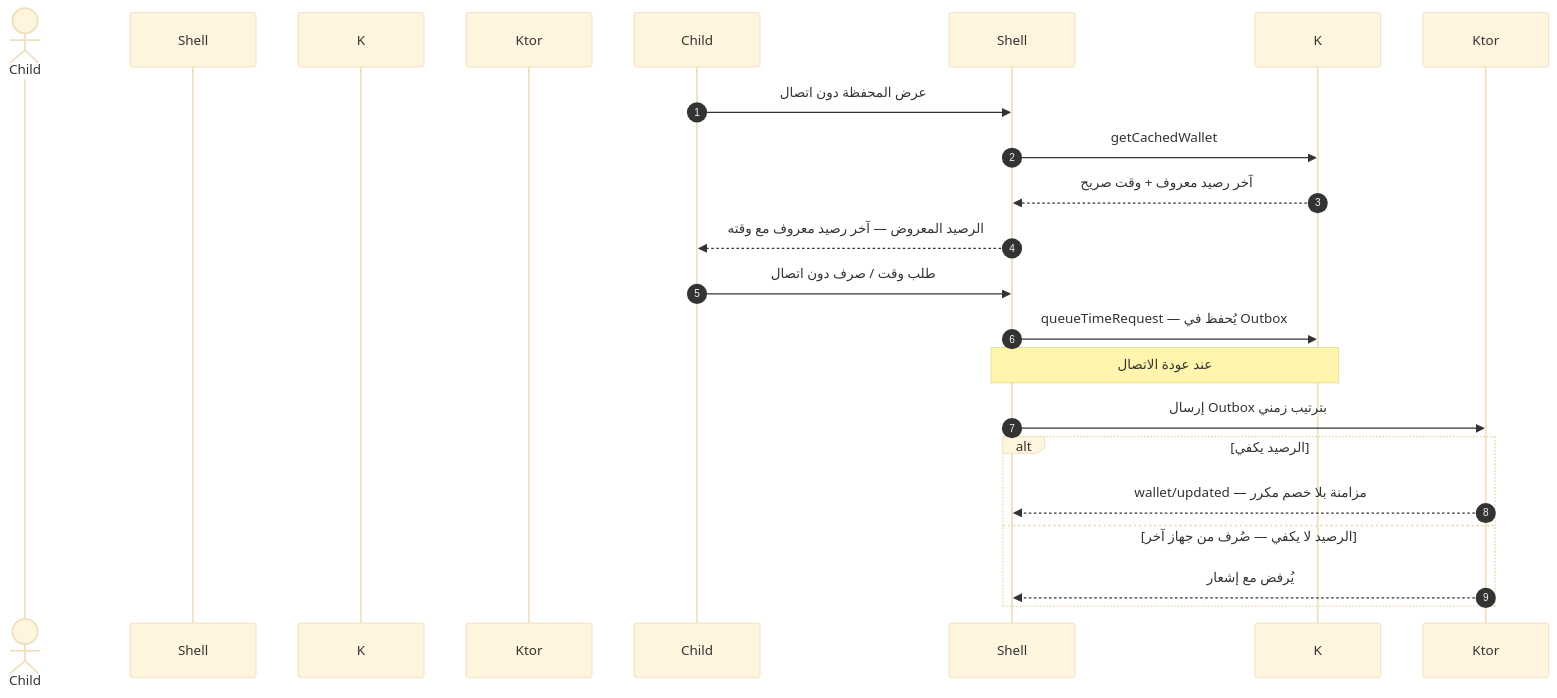
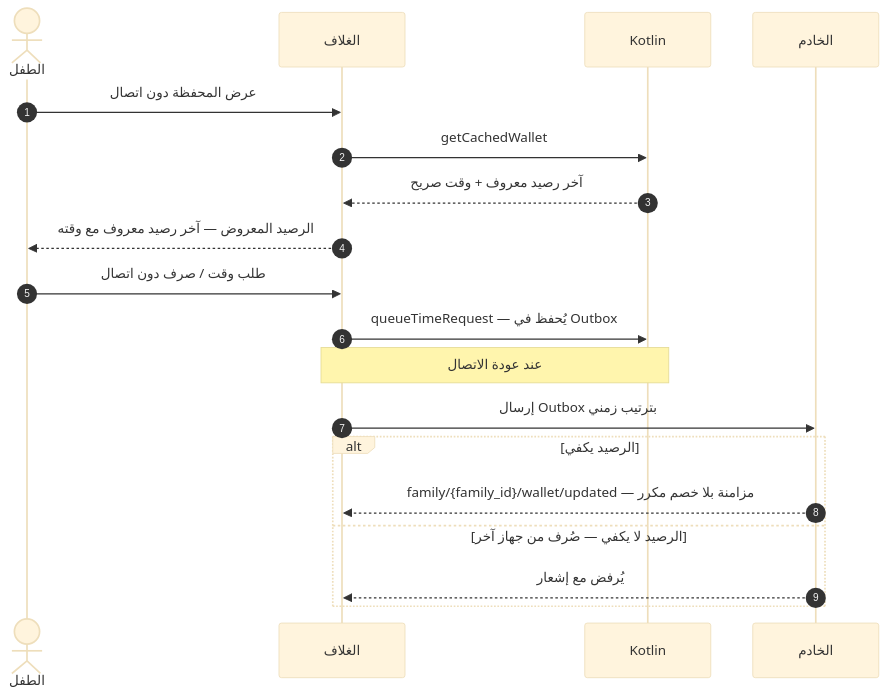
Before and after one commit to Bassam-mohammed-alqaeadi/family-os-v2: the seventh of 12 diagrams in docs/family-os/governance/phases/phase-1/S1-05-rewards-children/DIAGRAMS.md, drawn with Mermaid (base theme). The commit also changed other lines of this file and 10 other files, not shown here.

Commit message:
إغلاق المراجعة الشاملة R1–R5 (Q-196…Q-231) — المخططات DIAGRAMS + خريطة السياق (2/4)

````diff
--- a/docs/family-os/governance/phases/phase-1/S1-05-rewards-children/DIAGRAMS.md
+++ b/docs/family-os/governance/phases/phase-1/S1-05-rewards-children/DIAGRAMS.md
@@ -298,21 +322,21 @@
 ```mermaid
 sequenceDiagram
     autonumber
-    actor الطفل as Child
-    participant الغلاف as Shell
-    participant Kotlin as K
-    participant الخادم as Ktor
+    actor Child as الطفل
+    participant Shell as الغلاف
+    participant K as Kotlin
+    participant Ktor as الخادم
     Child->>Shell: عرض المحفظة دون اتصال
     Shell->>K: getCachedWallet
     K-->>Shell: آخر رصيد معروف + وقت صريح
     Shell-->>Child: الرصيد المعروض — آخر رصيد معروف مع وقته
     Child->>Shell: طلب وقت / صرف دون اتصال
     Shell->>K: queueTimeRequest — يُحفظ في Outbox
     Note over Shell,K: عند عودة الاتصال
     Shell->>Ktor: إرسال Outbox بترتيب زمني
     alt الرصيد يكفي
-        Ktor-->>Shell: wallet/updated — مزامنة بلا خصم مكرر
+        Ktor-->>Shell: family/{family_id}/wallet/updated — مزامنة بلا خصم مكرر
     else الرصيد لا يكفي — صُرف من جهاز آخر
         Ktor-->>Shell: يُرفض مع إشعار
     end
 ```
````
